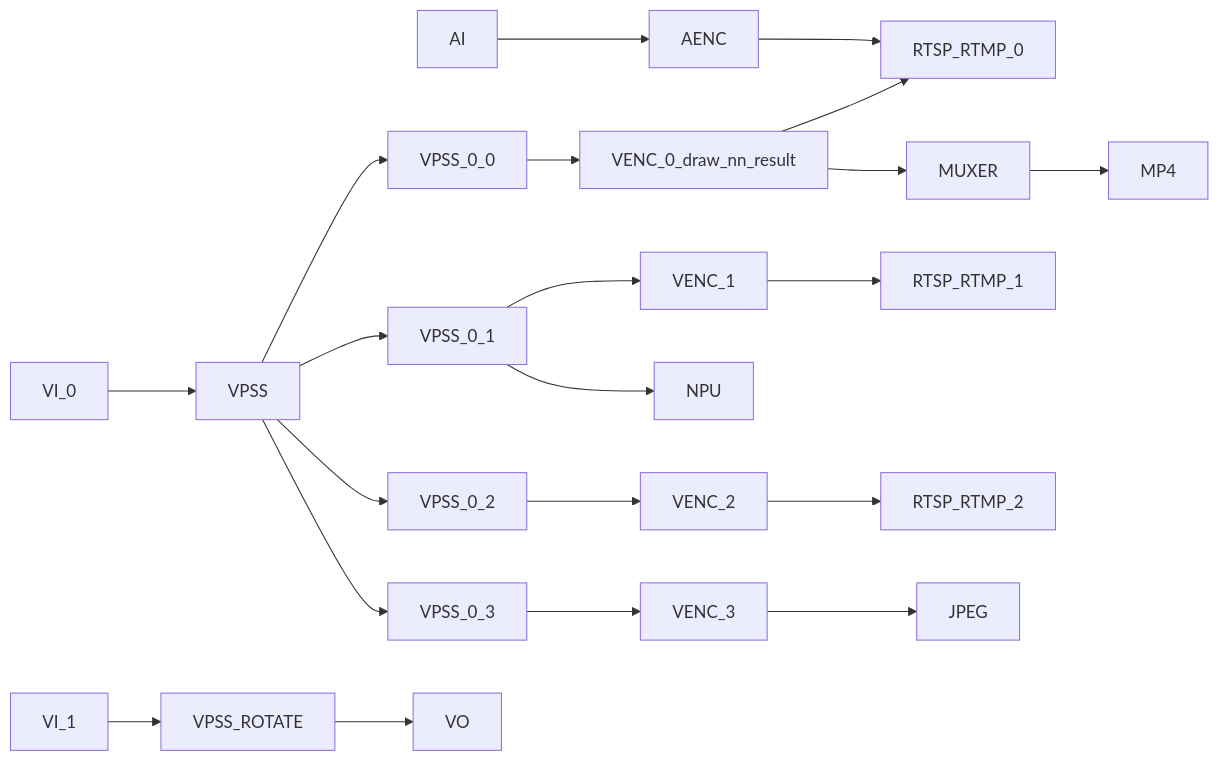
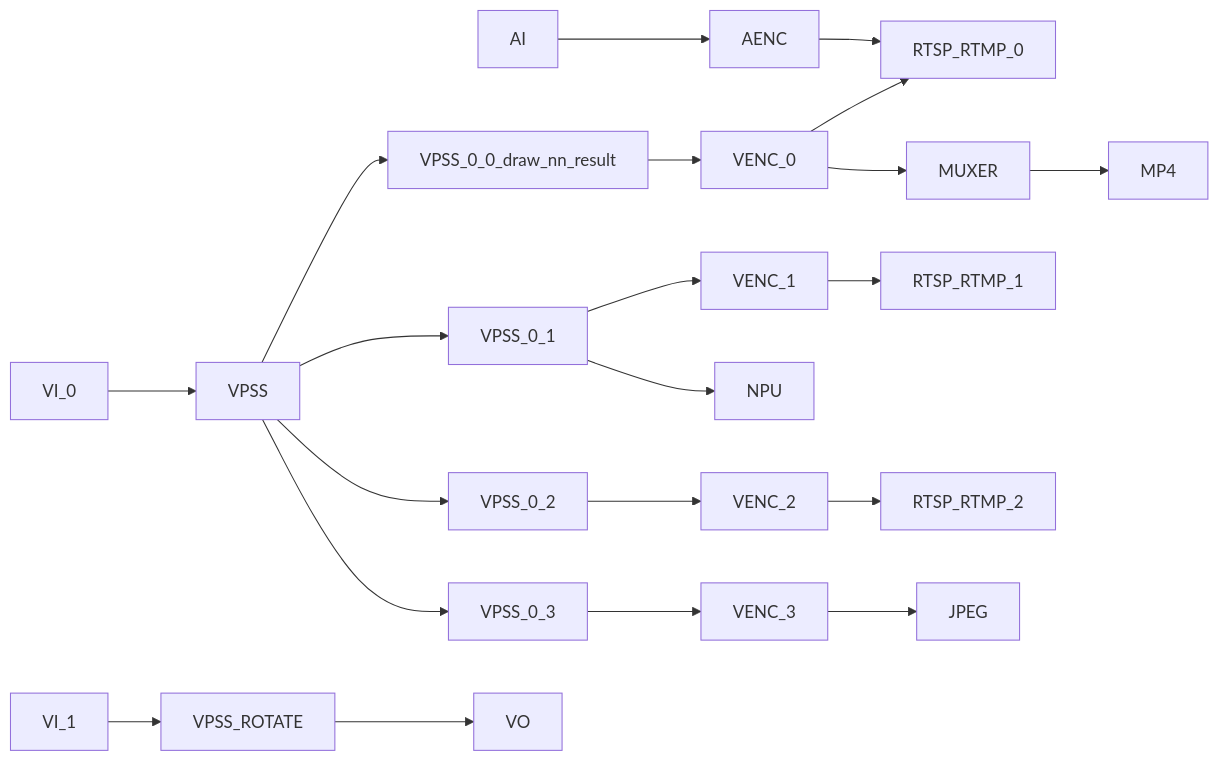
Before and after one commit to khadas/app_rkipc: diagram 15 of 16 in docs/Rockchip_Developer_Guide_Linux_RKIPC_CN.md, drawn with Mermaid. The commit also changed 4 other files, not shown here.

Commit message:
rk3576_ipc: draw nn result in vpss 0,0

````diff
--- a/docs/Rockchip_Developer_Guide_Linux_RKIPC_CN.md
+++ b/docs/Rockchip_Developer_Guide_Linux_RKIPC_CN.md
@@ -332,11 +332,11 @@
 ```mermaid
 graph LR
 	AI-->AENC-->RTSP_RTMP_0
-	VI_0-->VPSS-->VPSS_0_0-->VENC_0_draw_nn_result-->MUXER-->MP4
-	VENC_0_draw_nn_result-->RTSP_RTMP_0
+	VI_0-->VPSS-->VPSS_0_0_draw_nn_result-->VENC_0-->MUXER-->MP4
+	VENC_0-->RTSP_RTMP_0
 	VPSS-->VPSS_0_1-->VENC_1-->RTSP_RTMP_1
 	VPSS_0_1-->NPU
 	VPSS-->VPSS_0_2-->VENC_2-->RTSP_RTMP_2
 	VPSS-->VPSS_0_3-->VENC_3-->JPEG
 	VI_1-->VPSS_ROTATE-->VO
 ```
````
